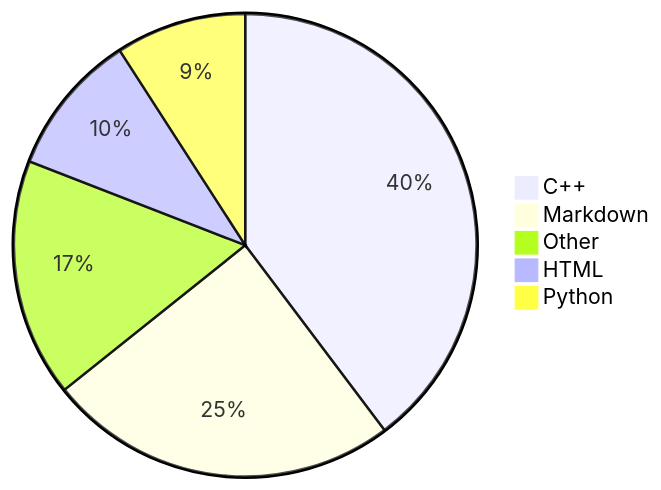
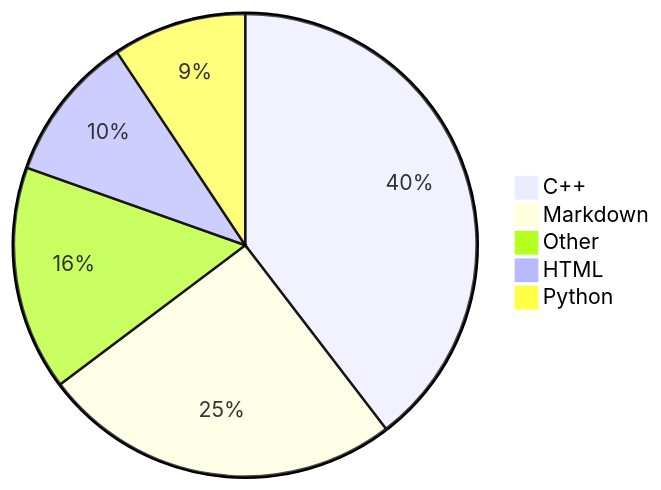
The diagram in README.md (Alicia111/alicia111), drawn with Mermaid before and after one commit.

Commit message:
Update WakaTime stats (・ω・)b

````diff
--- a/README.md
+++ b/README.md
@@ -32,8 +32,8 @@
 ```mermaid
 pie
-    "C++" : 38.41
-    "Markdown" : 23.73
-    "Other" : 16.08
-    "HTML" : 9.66
-    "Python" : 8.81
+    "C++" : 38.25
+    "Markdown" : 24.3
+    "Other" : 15.15
+    "HTML" : 9.89
+    "Python" : 9.02
 ```
````
